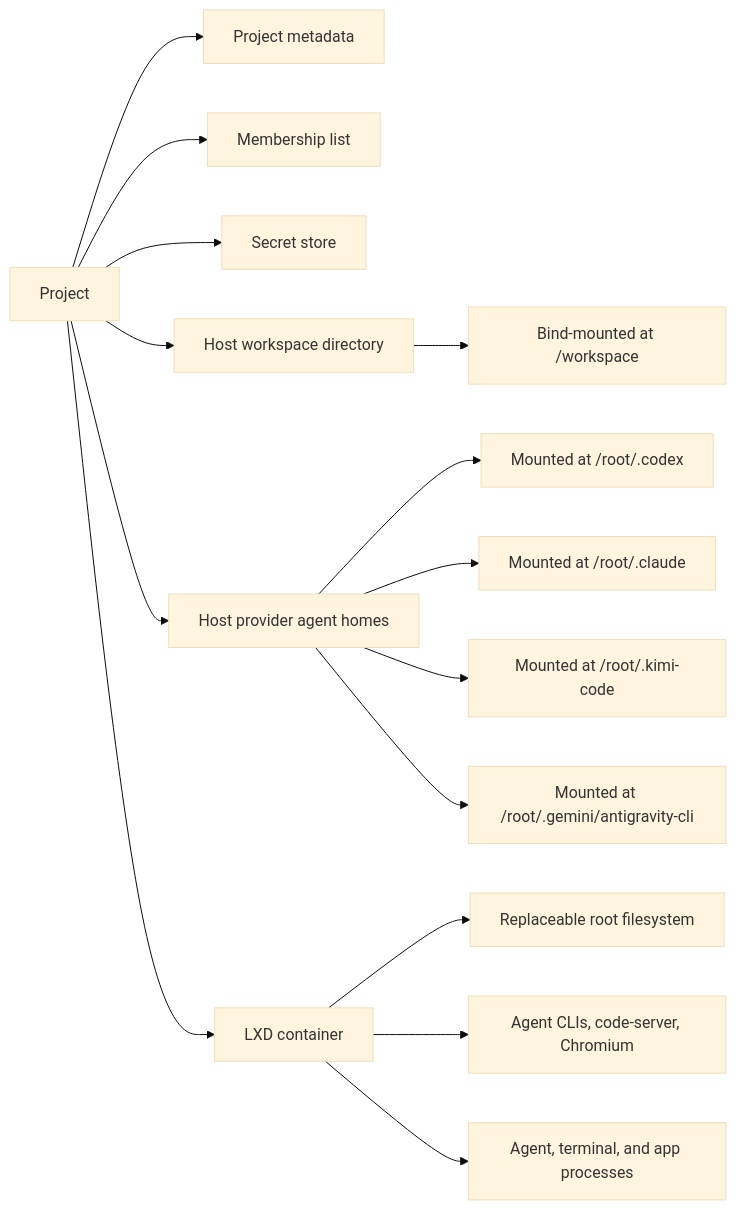
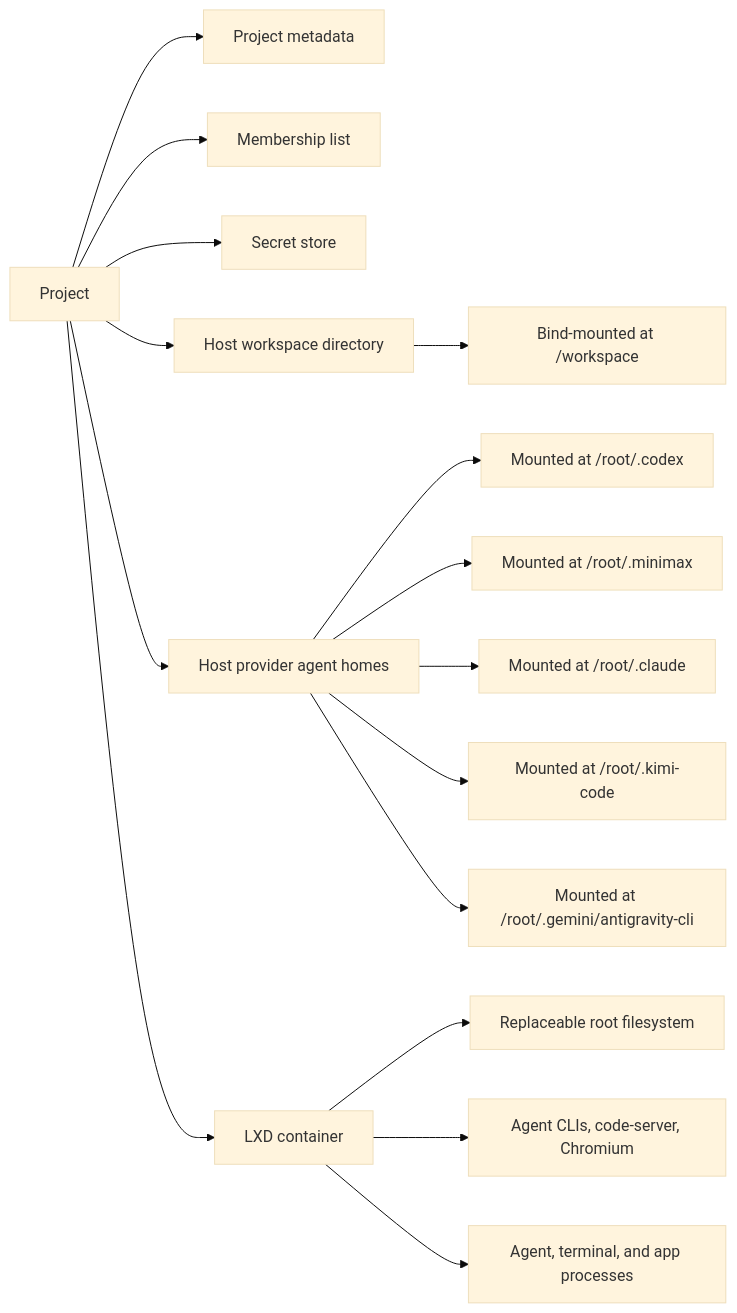
Before and after one commit to AbdallahMohamedDotnet/remote.futrx: the second of 5 diagrams in docs/02-workspaces/03-projects-and-containers.md, drawn with Mermaid (base theme). The commit also changed other lines of this file and 45 other files, not shown here.

````diff
--- a/docs/02-workspaces/03-projects-and-containers.md
+++ b/docs/02-workspaces/03-projects-and-containers.md
@@ -38,18 +38,19 @@
 ```mermaid
 flowchart LR
     Project["Project"] --> Meta["Project metadata"]
     Project --> Access["Membership list"]
     Project --> Secrets["Secret store"]
     Project --> Workspace["Host workspace directory"]
     Project --> Homes["Host provider agent homes"]
     Project --> Container["LXD container"]
 
     Workspace --> Mount["Bind-mounted at /workspace"]
     Homes --> Codex["Mounted at /root/.codex"]
+    Homes --> MiniMax["Mounted at /root/.minimax"]
     Homes --> Claude["Mounted at /root/.claude"]
     Homes --> Kimi["Mounted at /root/.kimi-code"]
     Homes --> Antigravity["Mounted at /root/.gemini/antigravity-cli"]
     Container --> RootFS["Replaceable root filesystem"]
     Container --> Tools["Agent CLIs, code-server, Chromium"]
     Container --> Processes["Agent, terminal, and app processes"]
 ```
````
